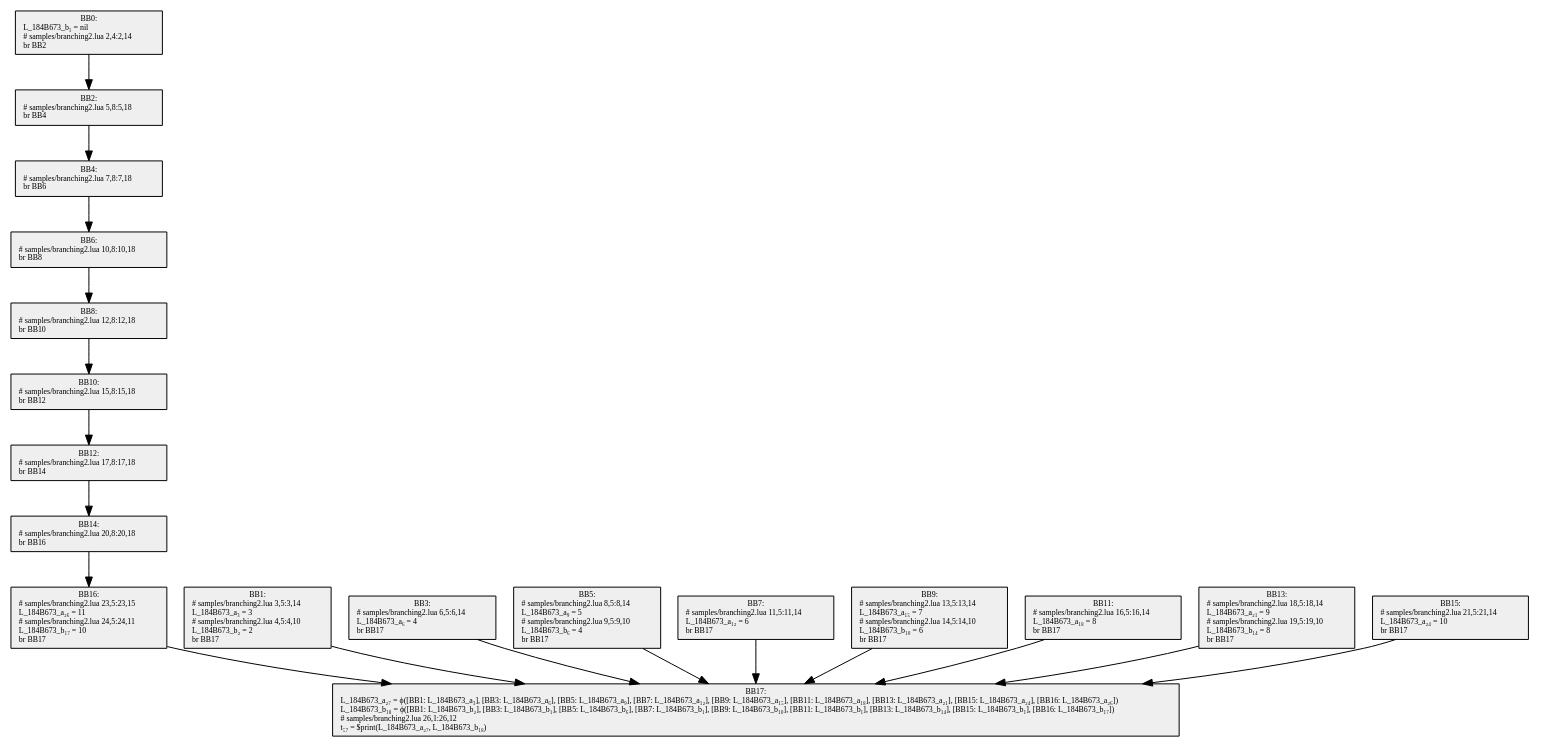
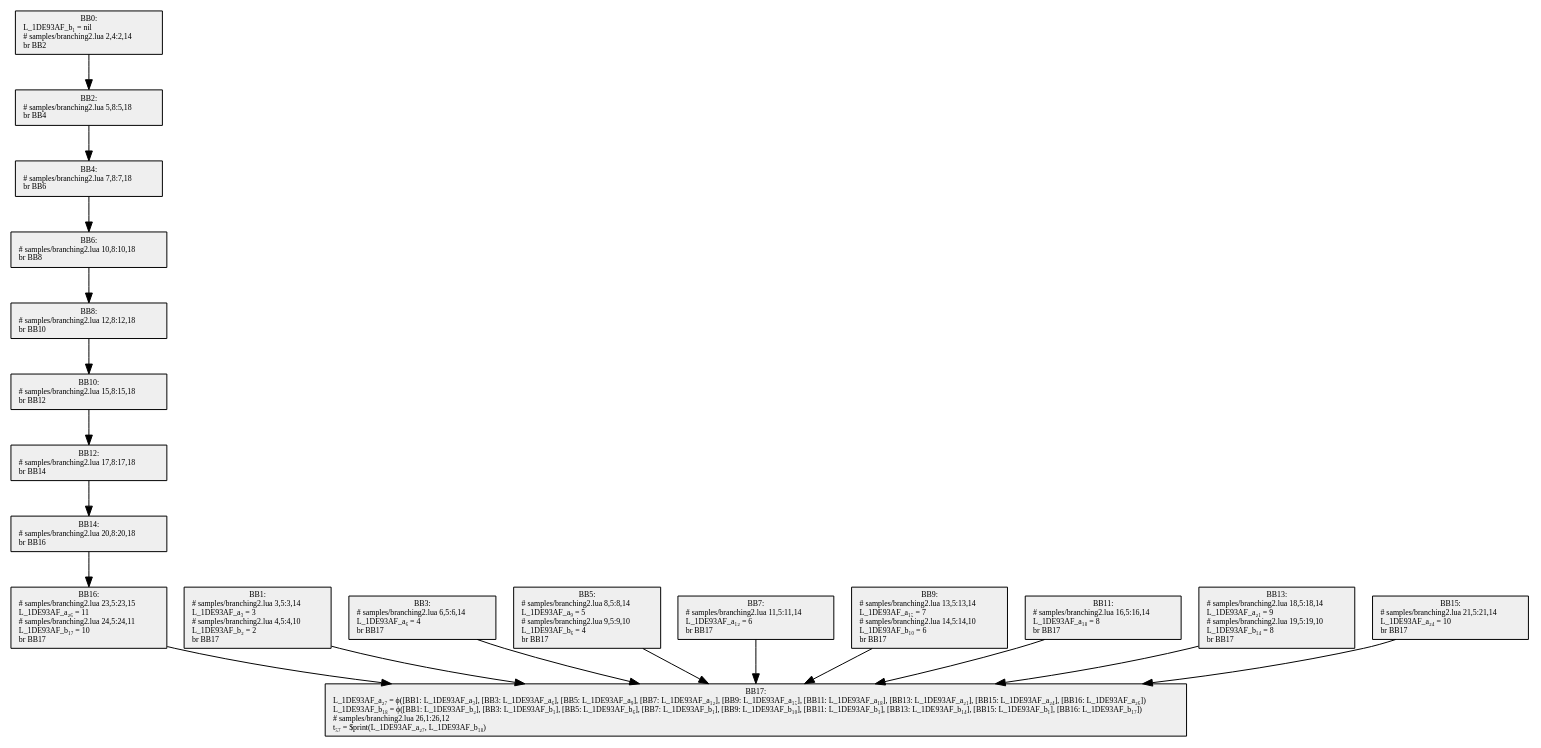
Before and after one commit to GGG-KILLER/SimpleCompiler: the diagram in src/SimpleCompiler.Cli/samples/obj/branching2.3.dot, drawn with Graphviz. The commit also changed 36 other files, not shown here.

```diff
--- a/src/SimpleCompiler.Cli/samples/obj/branching2.3.dot
+++ b/src/SimpleCompiler.Cli/samples/obj/branching2.3.dot
@@ -1,39 +1,39 @@
 digraph {
   node[shape=box style=filled fontsize=8 fontname="Cascadia Code" fillcolor="#efefef"];
-  BB0 [label="BB0:\nL_184B673_b₁ = nil\l# samples/branching2.lua 2,4:2,14\lbr BB2\l"];
-  BB1 [label="BB1:\n# samples/branching2.lua 3,5:3,14\lL_184B673_a₃ = 3\l# samples/branching2.lua 4,5:4,10\lL_184B673_b₂ = 2\lbr BB17\l"];
+  BB0 [label="BB0:\nL_1DE93AF_b₁ = nil\l# samples/branching2.lua 2,4:2,14\lbr BB2\l"];
+  BB1 [label="BB1:\n# samples/branching2.lua 3,5:3,14\lL_1DE93AF_a₃ = 3\l# samples/branching2.lua 4,5:4,10\lL_1DE93AF_b₂ = 2\lbr BB17\l"];
   BB2 [label="BB2:\n# samples/branching2.lua 5,8:5,18\lbr BB4\l"];
-  BB3 [label="BB3:\n# samples/branching2.lua 6,5:6,14\lL_184B673_a₆ = 4\lbr BB17\l"];
+  BB3 [label="BB3:\n# samples/branching2.lua 6,5:6,14\lL_1DE93AF_a₆ = 4\lbr BB17\l"];
   BB4 [label="BB4:\n# samples/branching2.lua 7,8:7,18\lbr BB6\l"];
-  BB5 [label="BB5:\n# samples/branching2.lua 8,5:8,14\lL_184B673_a₉ = 5\l# samples/branching2.lua 9,5:9,10\lL_184B673_b₆ = 4\lbr BB17\l"];
+  BB5 [label="BB5:\n# samples/branching2.lua 8,5:8,14\lL_1DE93AF_a₉ = 5\l# samples/branching2.lua 9,5:9,10\lL_1DE93AF_b₆ = 4\lbr BB17\l"];
   BB6 [label="BB6:\n# samples/branching2.lua 10,8:10,18\lbr BB8\l"];
-  BB7 [label="BB7:\n# samples/branching2.lua 11,5:11,14\lL_184B673_a₁₂ = 6\lbr BB17\l"];
+  BB7 [label="BB7:\n# samples/branching2.lua 11,5:11,14\lL_1DE93AF_a₁₂ = 6\lbr BB17\l"];
   BB8 [label="BB8:\n# samples/branching2.lua 12,8:12,18\lbr BB10\l"];
-  BB9 [label="BB9:\n# samples/branching2.lua 13,5:13,14\lL_184B673_a₁₅ = 7\l# samples/branching2.lua 14,5:14,10\lL_184B673_b₁₀ = 6\lbr BB17\l"];
+  BB9 [label="BB9:\n# samples/branching2.lua 13,5:13,14\lL_1DE93AF_a₁₅ = 7\l# samples/branching2.lua 14,5:14,10\lL_1DE93AF_b₁₀ = 6\lbr BB17\l"];
   BB10 [label="BB10:\n# samples/branching2.lua 15,8:15,18\lbr BB12\l"];
-  BB11 [label="BB11:\n# samples/branching2.lua 16,5:16,14\lL_184B673_a₁₈ = 8\lbr BB17\l"];
+  BB11 [label="BB11:\n# samples/branching2.lua 16,5:16,14\lL_1DE93AF_a₁₈ = 8\lbr BB17\l"];
   BB12 [label="BB12:\n# samples/branching2.lua 17,8:17,18\lbr BB14\l"];
-  BB13 [label="BB13:\n# samples/branching2.lua 18,5:18,14\lL_184B673_a₂₁ = 9\l# samples/branching2.lua 19,5:19,10\lL_184B673_b₁₄ = 8\lbr BB17\l"];
+  BB13 [label="BB13:\n# samples/branching2.lua 18,5:18,14\lL_1DE93AF_a₂₁ = 9\l# samples/branching2.lua 19,5:19,10\lL_1DE93AF_b₁₄ = 8\lbr BB17\l"];
   BB14 [label="BB14:\n# samples/branching2.lua 20,8:20,18\lbr BB16\l"];
-  BB15 [label="BB15:\n# samples/branching2.lua 21,5:21,14\lL_184B673_a₂₄ = 10\lbr BB17\l"];
-  BB16 [label="BB16:\n# samples/branching2.lua 23,5:23,15\lL_184B673_a₂₆ = 11\l# samples/branching2.lua 24,5:24,11\lL_184B673_b₁₇ = 10\lbr BB17\l"];
-  BB17 [label="BB17:\nL_184B673_a₂₇ = ϕ([BB1: L_184B673_a₃], [BB3: L_184B673_a₆], [BB5: L_184B673_a₉], [BB7: L_184B673_a₁₂], [BB9: L_184B673_a₁₅], [BB11: L_184B673_a₁₈], [BB13: L_184B673_a₂₁], [BB15: L_184B673_a₂₄], [BB16: L_184B673_a₂₆])\lL_184B673_b₁₈ = ϕ([BB1: L_184B673_b₂], [BB3: L_184B673_b₁], [BB5: L_184B673_b₆], [BB7: L_184B673_b₁], [BB9: L_184B673_b₁₀], [BB11: L_184B673_b₁], [BB13: L_184B673_b₁₄], [BB15: L_184B673_b₁], [BB16: L_184B673_b₁₇])\l# samples/branching2.lua 26,1:26,12\lt₅₇ = $print(L_184B673_a₂₇, L_184B673_b₁₈)\l"];
+  BB15 [label="BB15:\n# samples/branching2.lua 21,5:21,14\lL_1DE93AF_a₂₄ = 10\lbr BB17\l"];
+  BB16 [label="BB16:\n# samples/branching2.lua 23,5:23,15\lL_1DE93AF_a₂₆ = 11\l# samples/branching2.lua 24,5:24,11\lL_1DE93AF_b₁₇ = 10\lbr BB17\l"];
+  BB17 [label="BB17:\nL_1DE93AF_a₂₇ = ϕ([BB1: L_1DE93AF_a₃], [BB3: L_1DE93AF_a₆], [BB5: L_1DE93AF_a₉], [BB7: L_1DE93AF_a₁₂], [BB9: L_1DE93AF_a₁₅], [BB11: L_1DE93AF_a₁₈], [BB13: L_1DE93AF_a₂₁], [BB15: L_1DE93AF_a₂₄], [BB16: L_1DE93AF_a₂₆])\lL_1DE93AF_b₁₈ = ϕ([BB1: L_1DE93AF_b₂], [BB3: L_1DE93AF_b₁], [BB5: L_1DE93AF_b₆], [BB7: L_1DE93AF_b₁], [BB9: L_1DE93AF_b₁₀], [BB11: L_1DE93AF_b₁], [BB13: L_1DE93AF_b₁₄], [BB15: L_1DE93AF_b₁], [BB16: L_1DE93AF_b₁₇])\l# samples/branching2.lua 26,1:26,12\lt₅₇ = $print(L_1DE93AF_a₂₇, L_1DE93AF_b₁₈)\l"];
 
   BB0 -> BB2;
   BB2 -> BB4;
   BB4 -> BB6;
   BB6 -> BB8;
   BB8 -> BB10;
   BB10 -> BB12;
   BB12 -> BB14;
   BB14 -> BB16;
   BB1 -> BB17;
   BB3 -> BB17;
   BB5 -> BB17;
   BB7 -> BB17;
   BB9 -> BB17;
   BB11 -> BB17;
   BB13 -> BB17;
   BB15 -> BB17;
   BB16 -> BB17;
 }
```
